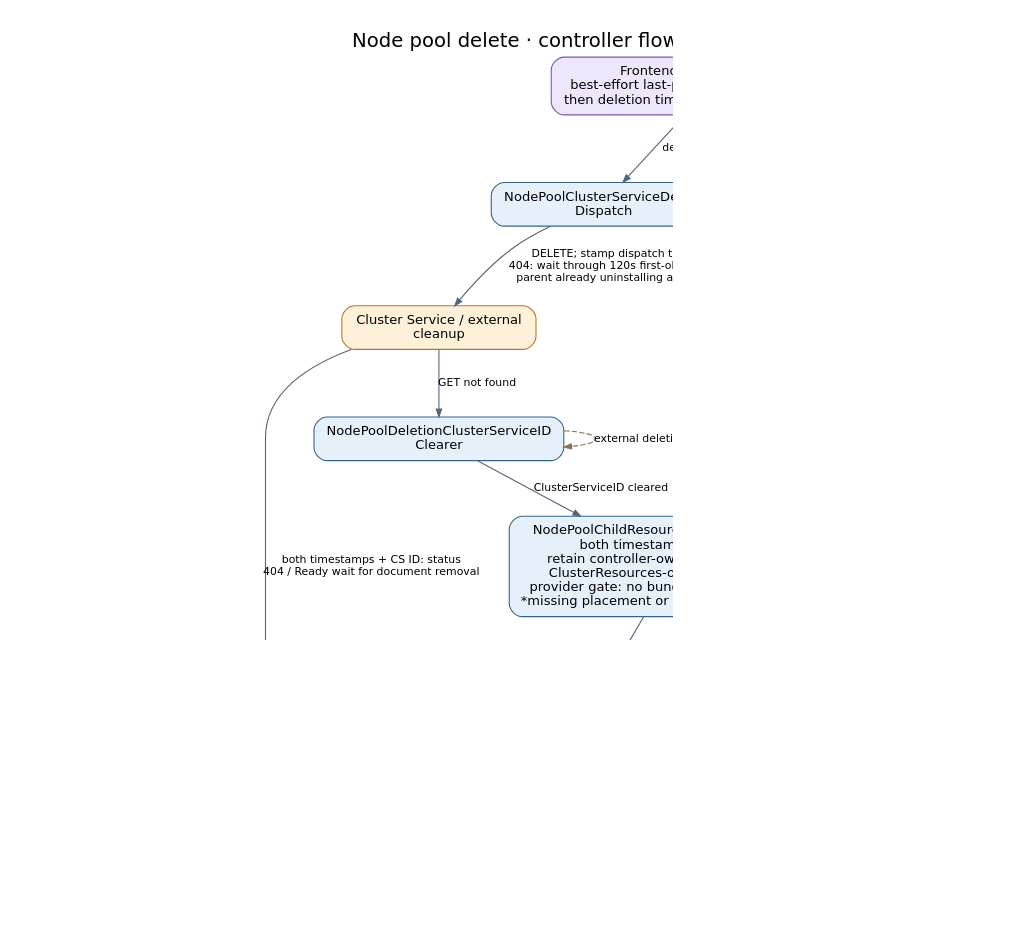
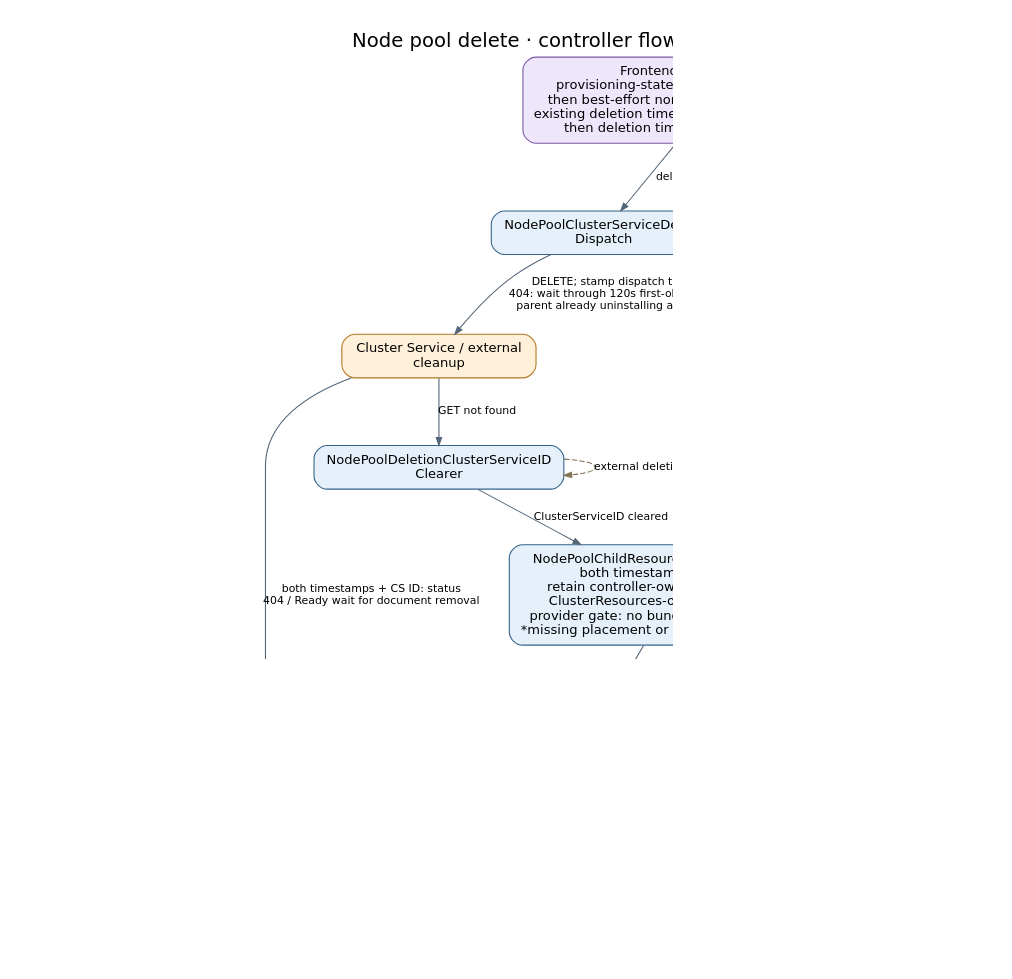
The diagram in docs/generated/diagrams/controller-flows/nodepool-delete.dot (Azure/ARO-HCP), drawn with Graphviz before and after one commit. The commit also changed 24 other files, not shown here.

```diff
--- a/docs/generated/diagrams/controller-flows/nodepool-delete.dot
+++ b/docs/generated/diagrams/controller-flows/nodepool-delete.dot
@@ -1,27 +1,27 @@
 digraph nodepool_delete {
   graph [rankdir=TB, bgcolor="white", pad="0.3", nodesep="0.4", ranksep="0.55", fontname="DejaVu Sans", fontsize=18, labelloc=t, label="Node pool delete · controller flow", dpi=110];
   node [shape=box, style="rounded,filled", fillcolor="#e6f0fa", color="#35648a", fontname="DejaVu Sans", fontsize=12, margin="0.16,0.10"];
   edge [color="#536577", fontname="DejaVu Sans", fontsize=10, arrowsize=0.7];
-  api [label="Frontend DELETE node pool\nbest-effort last-pool check: cached siblings\nthen deletion timestamp + Delete Operation", fillcolor="#eee7fb", color="#7b59a4"];
+  api [label="Frontend DELETE node pool\nprovisioning-state conflicts first (Deleting: 409)\nthen best-effort nondeleting cached-sibling check\nexisting deletion timestamp bypasses only that check\nthen deletion timestamp + Delete Operation", fillcolor="#eee7fb", color="#7b59a4"];
   dispatch [label="NodePoolClusterServiceDelete\nDispatch", fillcolor="#e6f0fa", color="#35648a"];
   cs [label="Cluster Service / external \ncleanup", fillcolor="#fff0da", color="#b27624"];
   clear [label="NodePoolDeletionClusterServiceID\nClearer", fillcolor="#e6f0fa", color="#35648a"];
   resources [label="ClusterResources", fillcolor="#e6f0fa", color="#35648a"];
   cleanup [label="NodePoolChildResourcesCleanupController\nboth timestamps + nil CS ID\nretain controller-owned ApplyDesires /\nClusterResources-owned ReadDesires\nprovider gate: no bundles / scoped desires*\n*missing placement or client skips desire gate", fillcolor="#e6f0fa", color="#35648a"];
   final [label="NodePoolDeletionController\nno ApplyDesires* / bundles / non-controller children\n*missing parent placement bypasses desire checks;\nknown placement without client waits here", fillcolor="#e6f0fa", color="#35648a"];
   op [label="OperationNodePoolDelete\nno local delete deadline", fillcolor="#e6f0fa", color="#35648a"];
   done [label="ARM Delete Operation Succeeded", fillcolor="#e4f2e5", color="#4c8053"];
   failed [label="ARM Delete Operation Failed\nInternalServerError + CS message", fillcolor="#fbe4e4", color="#9b4d4d"];
   api -> dispatch [label="deletion requested"];
   api -> resources [label="skip deleting node pool; reap\nintents"];
   dispatch -> cs [label="DELETE; stamp dispatch timestamp\n404: wait through 120s first-observed grace\nparent already uninstalling also accepted"];
   dispatch -> cleanup [label="nil ID: stamp after 120s first-observed grace\n(empty nonnil ID does not pass cleanup)"];
   cs -> clear [label="GET not found"];
   clear -> cleanup [label="ClusterServiceID cleared"];
   cleanup -> final [label="remove eligible descendants;\nController documents excluded"];
   cs -> op [label="both timestamps + CS ID: status\n404 / Ready wait for document removal"];
   op -> failed [label="CS Error / RecoverableError"];
   final -> op [label="node-pool document deleted"];
   op -> done [label="absence observed"];
   clear -> clear [label="external deletion pending", style=dashed, color="#857456", constraint=false];
 }
```
